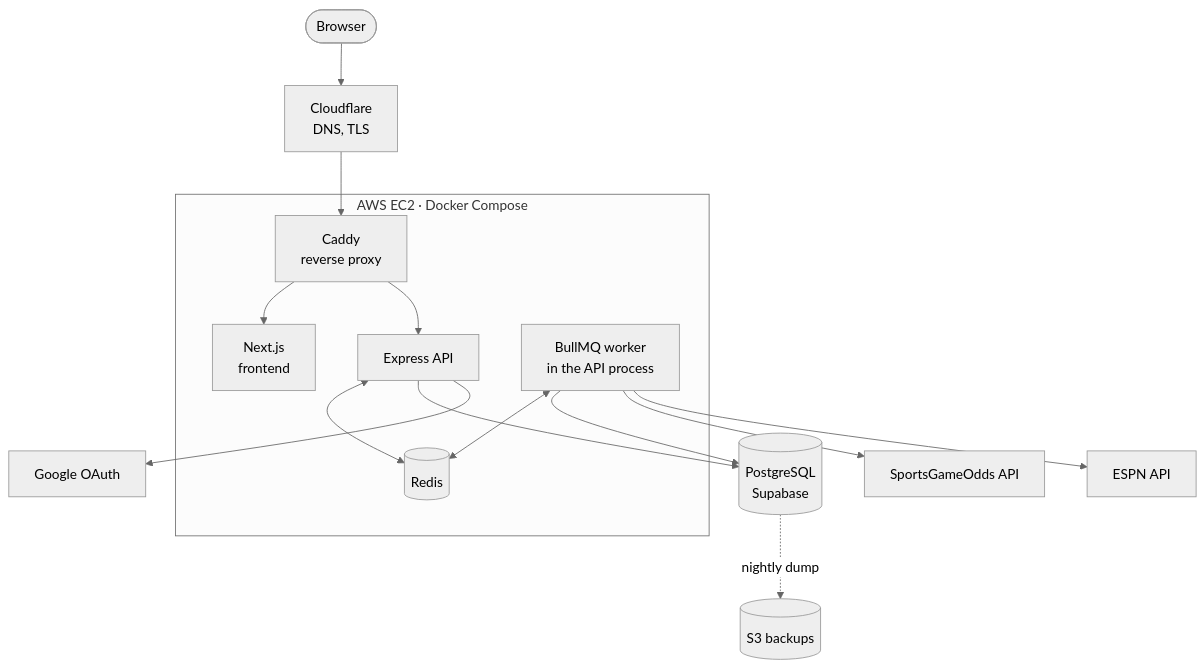
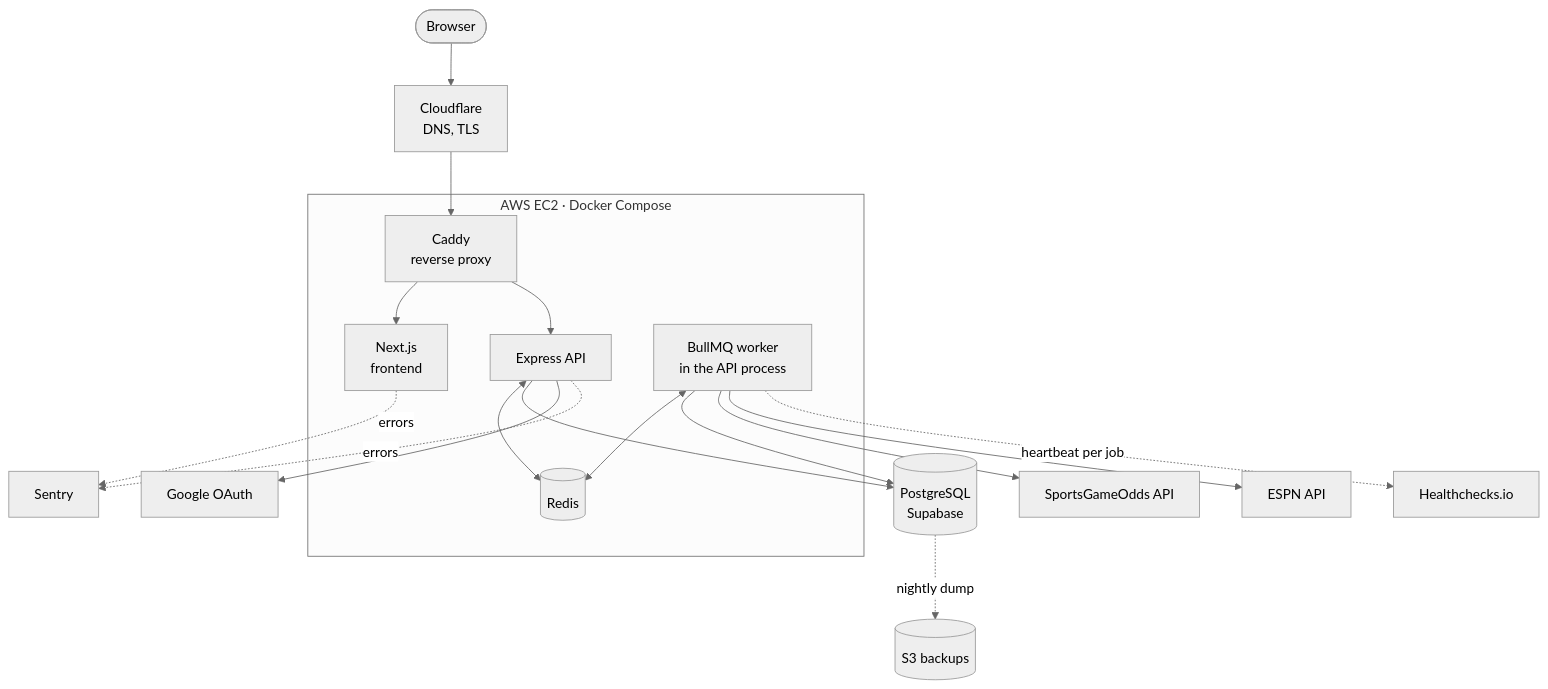
One commit to 88arya/wagerwolf changed the diagram in README.md. Above: the diagram before and after it, drawn with Mermaid (neutral theme). The commit also changed other lines of this file, not shown here.

````diff
--- a/README.md
+++ b/README.md
@@ -43,19 +44,22 @@
 ```mermaid
 flowchart TB
     user([Browser]) --> cf[Cloudflare<br/>DNS, TLS]
     cf --> caddy
 
     subgraph ec2 [AWS EC2 · Docker Compose]
         caddy[Caddy<br/>reverse proxy] --> web[Next.js<br/>frontend]
         caddy --> api[Express API]
         api <--> redis[(Redis)]
         worker[BullMQ worker<br/>in the API process] <--> redis
     end
 
     api --> pg[(PostgreSQL<br/>Supabase)]
     worker --> pg
     worker --> sgo[SportsGameOdds API]
     worker --> espn[ESPN API]
     api --> google[Google OAuth]
     pg -. nightly dump .-> s3[(S3 backups)]
+    api -. errors .-> sentry[Sentry]
+    web -. errors .-> sentry
+    worker -. heartbeat per job .-> hc[Healthchecks.io]
 ```
````
